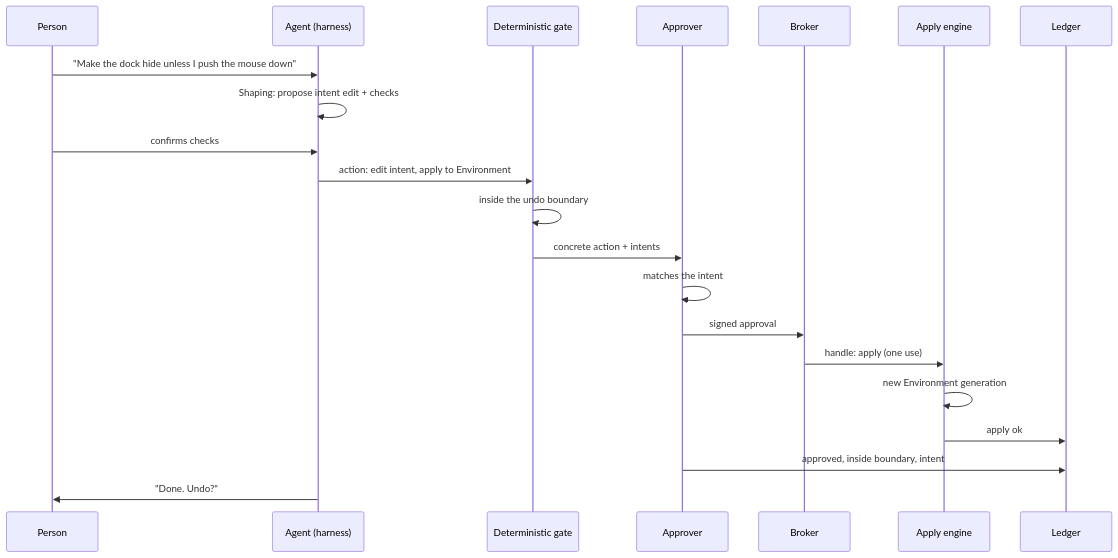
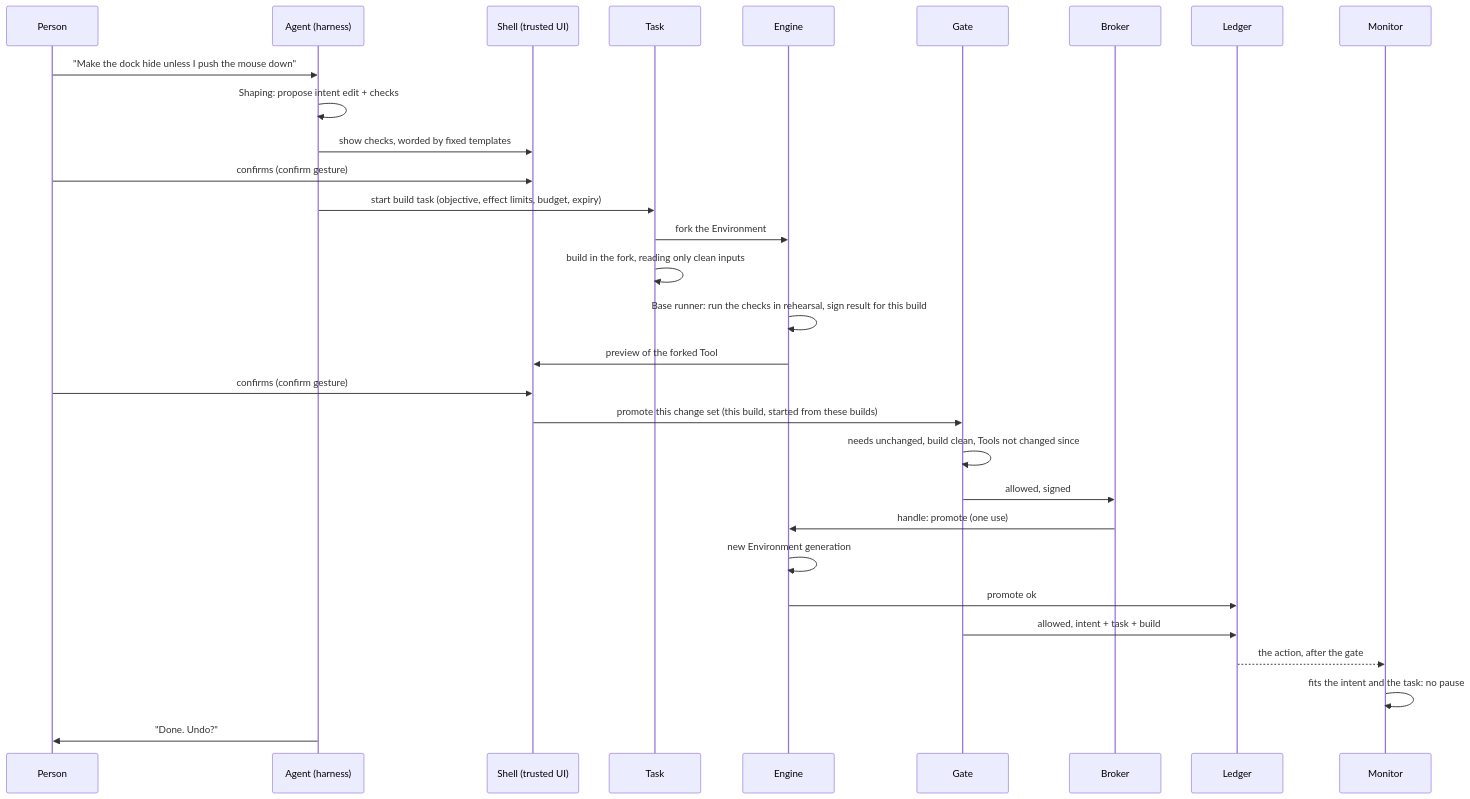
One commit to crowbaros/crowbaros changed the fourth of 4 diagrams in docs/agent-first/design/gate-monitor-and-autonomy.md. Above: the diagram before and after it, drawn with Mermaid. The commit also changed other lines of this file and 25 other files, not shown here.

````diff
--- a/docs/agent-first/design/gate-monitor-and-autonomy.md
+++ b/docs/agent-first/design/gate-monitor-and-autonomy.md
@@ -295,23 +713,32 @@
 ```mermaid
 sequenceDiagram
     participant P as Person
     participant H as Agent (harness)
-    participant G as Deterministic gate
-    participant A as Approver
+    participant S as Shell (trusted UI)
+    participant T as Task
+    participant E as Engine
+    participant G as Gate
     participant B as Broker
-    participant E as Apply engine
     participant L as Ledger
+    participant M as Monitor
     P->>H: "Make the dock hide unless I push the mouse down"
     H->>H: Shaping: propose intent edit + checks
-    P->>H: confirms checks
-    H->>G: action: edit intent, apply to Environment
-    G->>G: inside the undo boundary
-    G->>A: concrete action + intents
-    A->>A: matches the intent
-    A->>B: signed approval
-    B->>E: handle: apply (one use)
+    H->>S: show checks, worded by fixed templates
+    P->>S: confirms (confirm gesture)
+    H->>T: start build task (objective, effect limits, budget, expiry)
+    T->>E: fork the Environment
+    T->>T: build in the fork, reading only clean inputs
+    E->>E: Base runner: run the checks in rehearsal, sign result for this build
+    E->>S: preview of the forked Tool
+    P->>S: confirms (confirm gesture)
+    S->>G: promote this change set (this build, started from these builds)
+    G->>G: needs unchanged, build clean, Tools not changed since
+    G->>B: allowed, signed
+    B->>E: handle: promote (one use)
     E->>E: new Environment generation
-    E->>L: apply ok
-    A->>L: approved, inside boundary, intent
+    E->>L: promote ok
+    G->>L: allowed, intent + task + build
+    L-->>M: the action, after the gate
+    M->>M: fits the intent and the task: no pause
     H->>P: "Done. Undo?"
 ```
````
